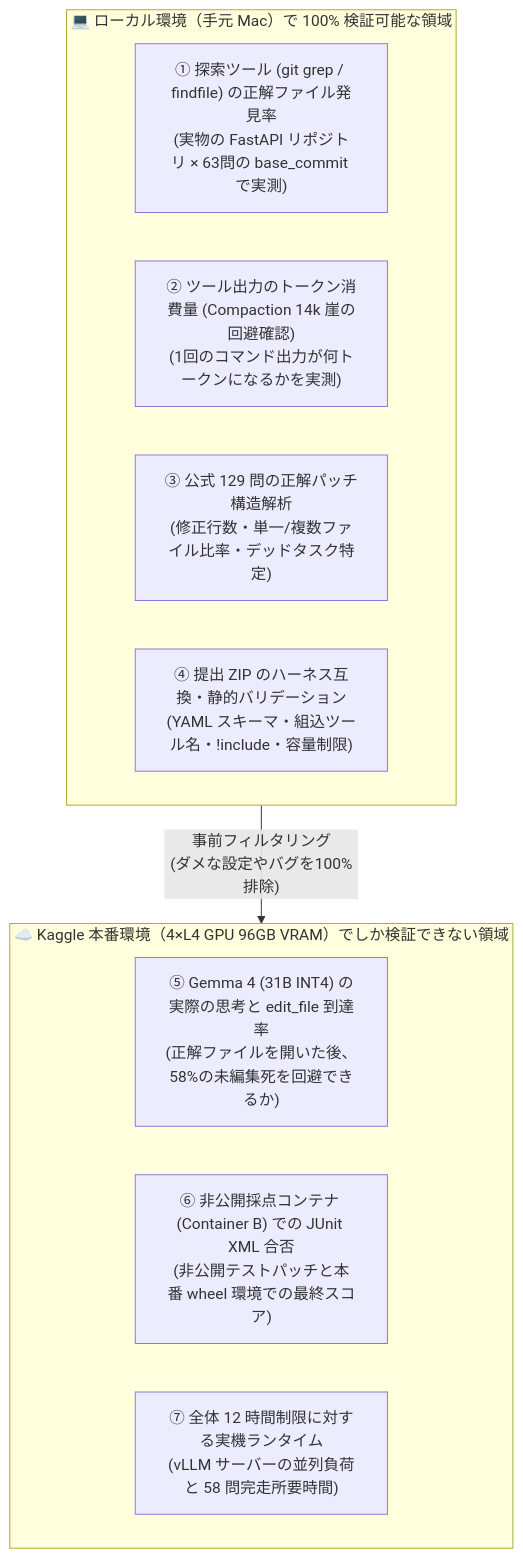
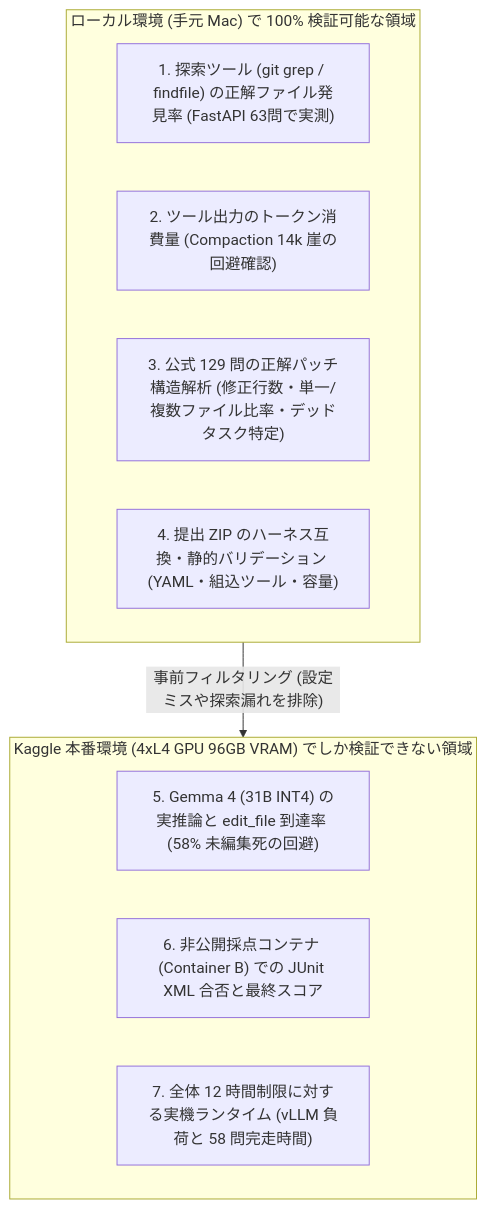
Before and after one commit to chiba244qq/gemma4-agent-dashboard: the diagram in docs/LOCAL_VERIFICATION_AND_BENCHMARKS.md, drawn with Mermaid. The commit also changed 2 other files, not shown here.

Commit message:
fix: integrate Mermaid.js renderer in markdown modal and clean diagram syntax

````diff
--- a/docs/LOCAL_VERIFICATION_AND_BENCHMARKS.md
+++ b/docs/LOCAL_VERIFICATION_AND_BENCHMARKS.md
@@ -11,17 +11,17 @@
 ```mermaid
 flowchart TB
-    subgraph Local["💻 ローカル環境（手元 Mac）で 100% 検証可能な領域"]
-        L1["① 探索ツール (git grep / findfile) の正解ファイル発見率\n(実物の FastAPI リポジトリ × 63問の base_commit で実測)"]
-        L2["② ツール出力のトークン消費量 (Compaction 14k 崖の回避確認)\n(1回のコマンド出力が何トークンになるかを実測)"]
-        L3["③ 公式 129 問の正解パッチ構造解析\n(修正行数・単一/複数ファイル比率・デッドタスク特定)"]
-        L4["④ 提出 ZIP のハーネス互換・静的バリデーション\n(YAML スキーマ・組込ツール名・!include・容量制限)"]
+    subgraph Local["ローカル環境 (手元 Mac) で 100% 検証可能な領域"]
+        L1["1. 探索ツール (git grep / findfile) の正解ファイル発見率 (FastAPI 63問で実測)"]
+        L2["2. ツール出力のトークン消費量 (Compaction 14k 崖の回避確認)"]
+        L3["3. 公式 129 問の正解パッチ構造解析 (修正行数・単一/複数ファイル比率・デッドタスク特定)"]
+        L4["4. 提出 ZIP のハーネス互換・静的バリデーション (YAML・組込ツール・容量)"]
     end
 
-    subgraph Cloud["☁️ Kaggle 本番環境（4×L4 GPU 96GB VRAM）でしか検証できない領域"]
-        C1["⑤ Gemma 4 (31B INT4) の実際の思考と edit_file 到達率\n(正解ファイルを開いた後、58%の未編集死を回避できるか)"]
-        C2["⑥ 非公開採点コンテナ (Container B) での JUnit XML 合否\n(非公開テストパッチと本番 wheel 環境での最終スコア)"]
-        C3["⑦ 全体 12 時間制限に対する実機ランタイム\n(vLLM サーバーの並列負荷と 58 問完走所要時間)"]
+    subgraph Cloud["Kaggle 本番環境 (4xL4 GPU 96GB VRAM) でしか検証できない領域"]
+        C1["5. Gemma 4 (31B INT4) の実推論と edit_file 到達率 (58% 未編集死の回避)"]
+        C2["6. 非公開採点コンテナ (Container B) での JUnit XML 合否と最終スコア"]
+        C3["7. 全体 12 時間制限に対する実機ランタイム (vLLM 負荷と 58 問完走時間)"]
     end
 
-    Local -->|"事前フィルタリング\n(ダメな設定やバグを100%排除)"| Cloud
+    Local -->|"事前フィルタリング (設定ミスや探索漏れを排除)"| Cloud
 ```
````
